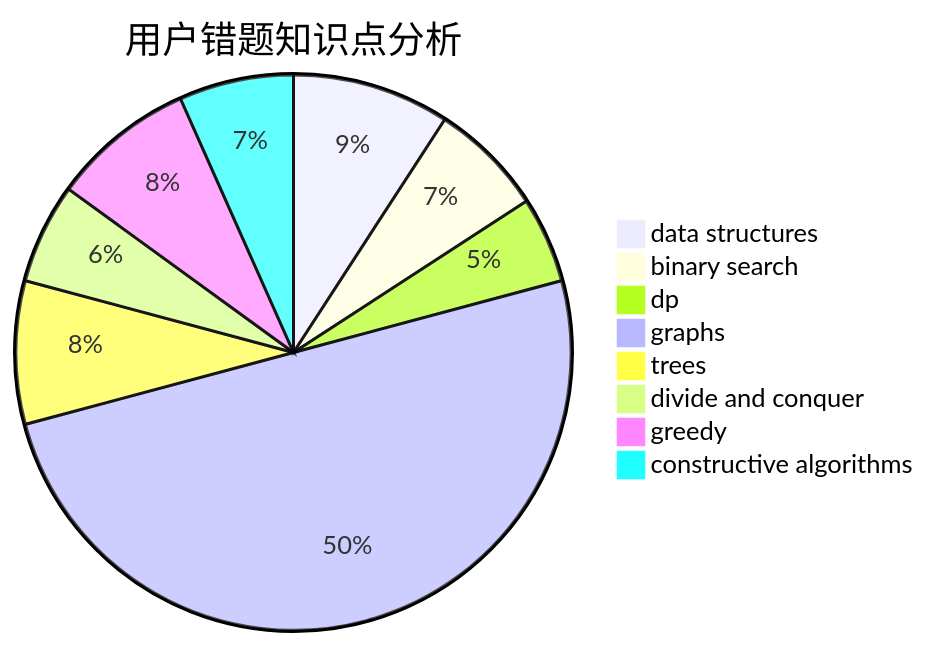
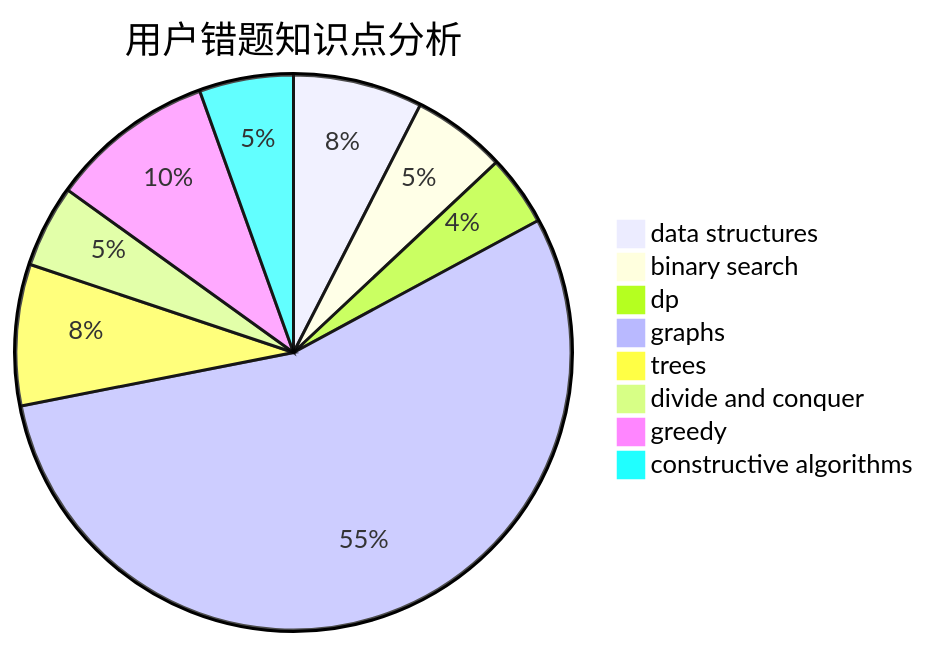
One commit to sherpahu/cfrs.github.io changed the third of 3 diagrams in docs/user/u2411.md. Above: the diagram before and after it, drawn with Mermaid. The commit also changed other lines of this file and 2770 other files, not shown here.

````diff
--- a/docs/user/u2411.md
+++ b/docs/user/u2411.md
@@ -36,11 +36,11 @@
 ```mermaid
 pie title 用户错题知识点分析
     "data structures" :  11
     "binary search" :  8
     "dp" :  6
-    "graphs" :  60
-    "trees" :  10
+    "graphs" :  80
+    "trees" :  12
     "divide and conquer" :  7
-    "greedy" :  10
+    "greedy" :  14
     "constructive algorithms" :  8
 ```
````
